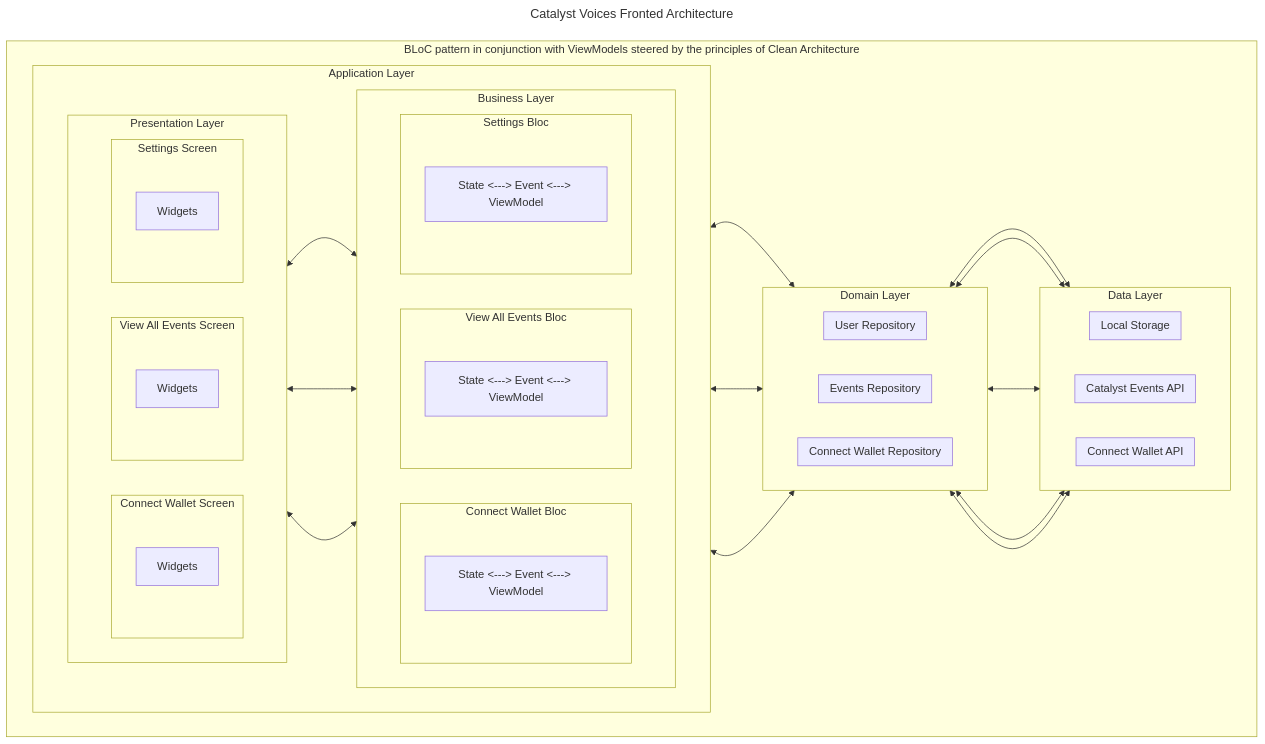
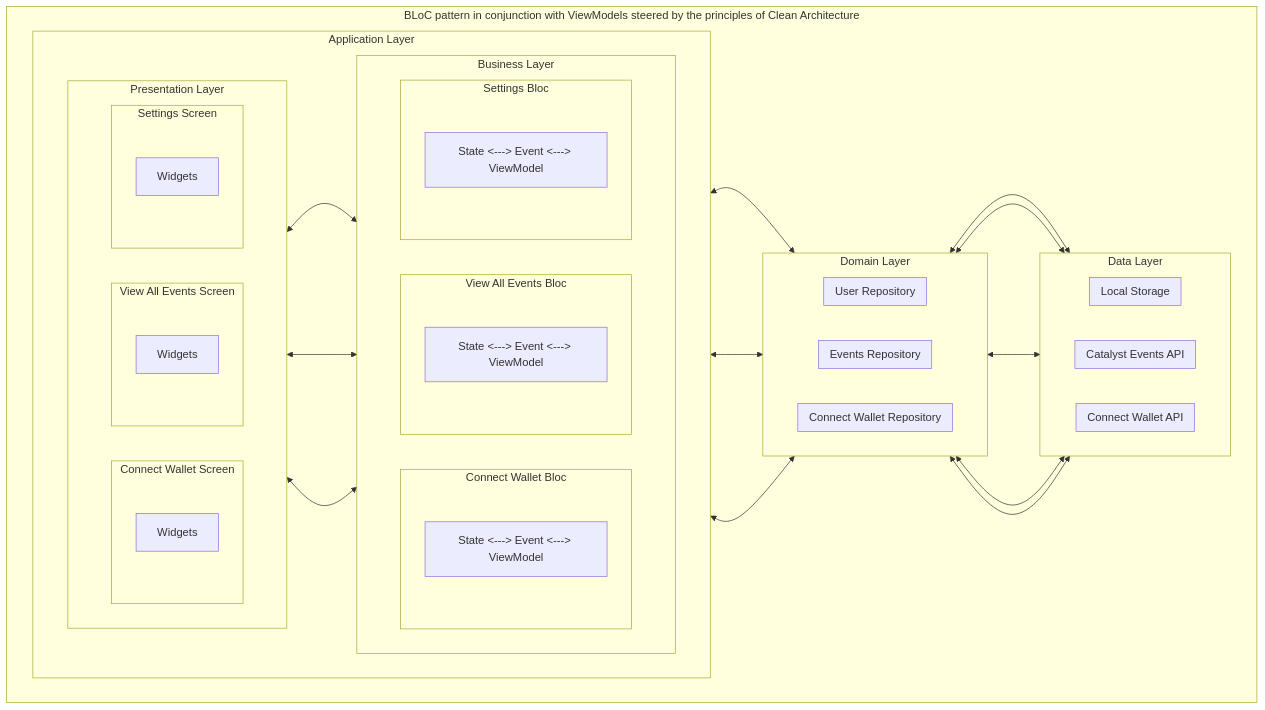
Before and after one commit to input-output-hk/catalyst-voices: the diagram in docs/src/architecture/09_architecture_decisions/0005-flutter-app.md, drawn with Mermaid.

````diff
--- a/docs/src/architecture/09_architecture_decisions/0005-flutter-app.md
+++ b/docs/src/architecture/09_architecture_decisions/0005-flutter-app.md
@@ -36,64 +36,61 @@
 ```mermaid
----
-title: Catalyst Voices Fronted Architecture
----
 flowchart TB
     subgraph id1 [BLoC pattern in conjunction with ViewModels steered by the principles of Clean Architecture]
       subgraph al01 [Application Layer]
       direction LR
       subgraph al02 [Presentation Layer]
       direction LR
         subgraph al03 [Connect Wallet Screen]
         w1[Widgets]
         end
         subgraph al04 [View All Events Screen]
         w2[Widgets]
         end
         subgraph al05 [Settings Screen]
         w3[Widgets]
         end
       end
       subgraph bl01 [Business Layer]
       direction LR
         subgraph bl02 [Connect Wallet Bloc]
         vm01[State <---> Event <---> ViewModel]
         end
         subgraph bl03 [View All Events Bloc]
         vm02[State <---> Event <---> ViewModel]
         end
         subgraph bl04 [Settings Bloc]
         vm03[State <---> Event <---> ViewModel]
         end
       end
       end
     subgraph dl01 [Domain Layer]
     direction RL
     subgraph dl02 [Connect Wallet Repository]
     end
     subgraph dl03 [Events Repository]
     end
     subgraph dl04 [User Repository]
     end
     end
     subgraph Data Layer
     direction RL
     subgraph dl05 [Connect Wallet API]
     end
     subgraph dl06 [Catalyst Events API]
     end
     subgraph dl07 [Local Storage]
     end
     end
     end
     al03 <--> bl02
     al04 <--> bl03
     al05 <--> bl04
     bl02 <--> dl02
     bl03 <--> dl03
     bl04 <--> dl04
     dl02 <--> dl05
     dl02 <--> dl07
     dl03 <--> dl06
     dl03 <--> dl07
     dl04 <--> dl07
 ```
````
